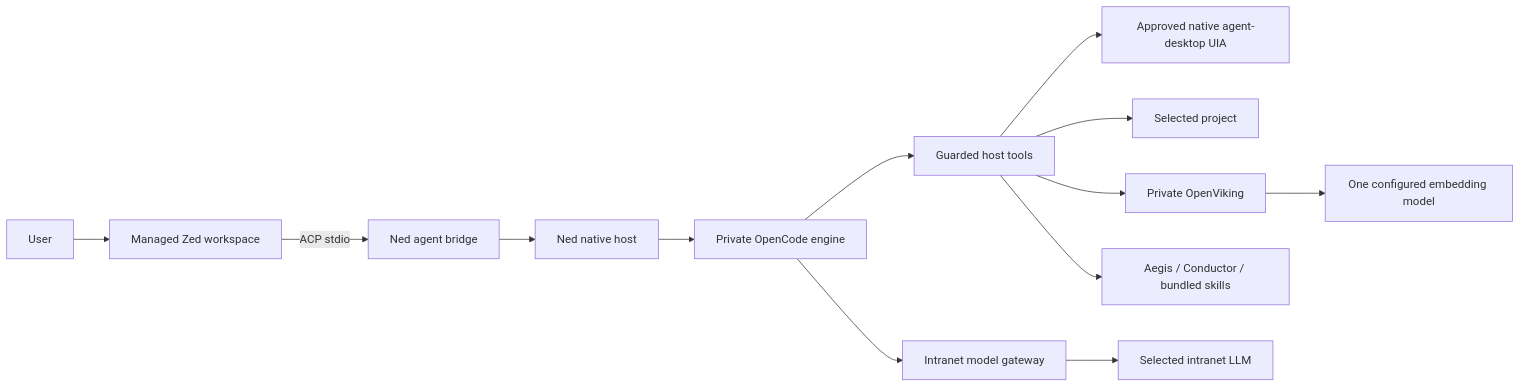
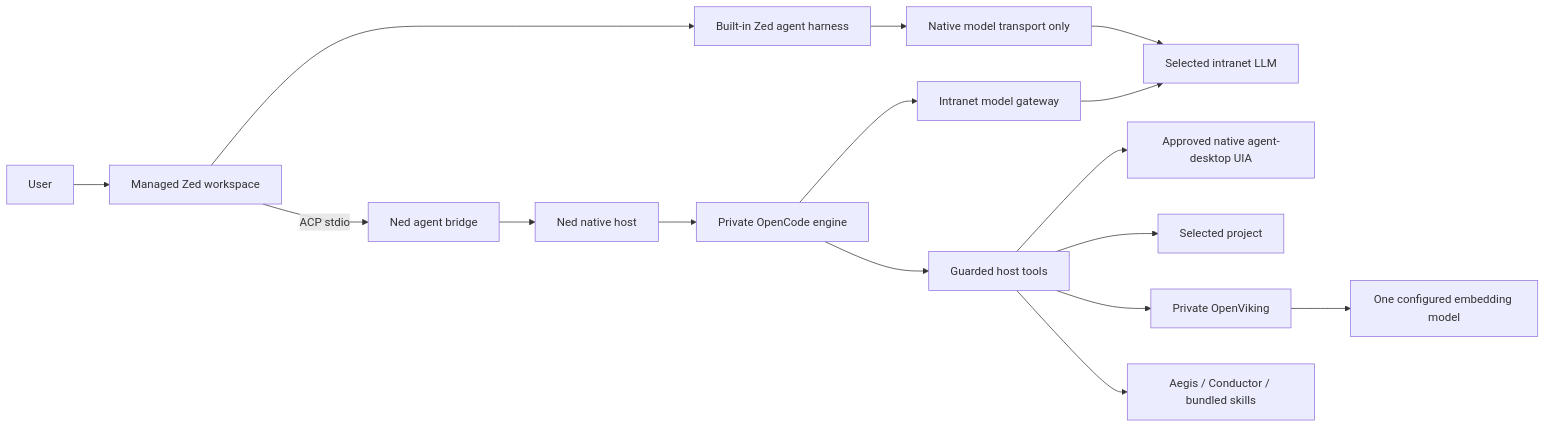
One commit to SungKyu-Kim39/AgentHarness changed the diagram in docs/ned-architecture.md. Above: the diagram before and after it, drawn with Mermaid. The commit also changed other lines of this file and 2 other files, not shown here.

Commit message:
docs: separate native Zed and Ned harnesses in the architecture

````diff
--- a/docs/ned-architecture.md
+++ b/docs/ned-architecture.md
@@ -7,15 +7,18 @@
 ```mermaid
 flowchart LR
   User --> Zed[Managed Zed workspace]
+  Zed --> Native[Built-in Zed agent harness]
+  Native --> Plain[Native model transport only]
+  Plain --> Qwen[Selected intranet LLM]
   Zed -->|ACP stdio| Bridge[Ned agent bridge]
   Bridge --> Host[Ned native host]
   Host --> Engine[Private OpenCode engine]
   Engine --> Broker[Guarded host tools]
   Broker --> Desktop[Approved native agent-desktop UIA]
   Broker --> Project[Selected project]
   Broker --> Knowledge[Private OpenViking]
   Broker --> Packs[Aegis / Conductor / bundled skills]
   Engine --> Gateway[Intranet model gateway]
   Knowledge --> Embedding[One configured embedding model]
   Gateway --> Qwen[Selected intranet LLM]
 ```
````
